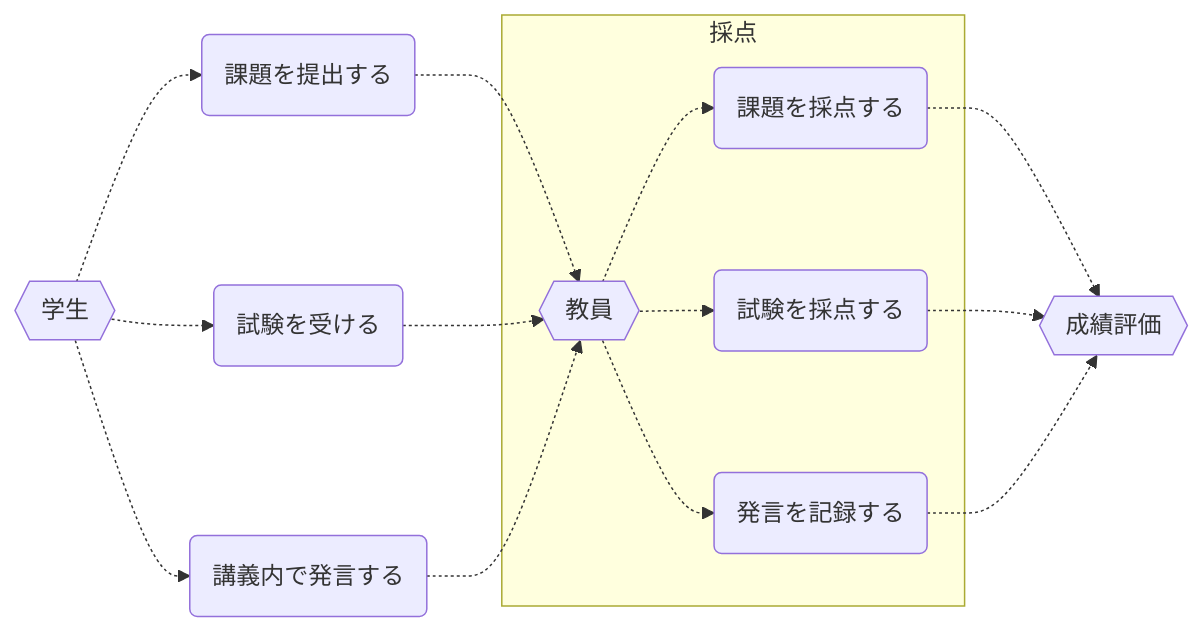
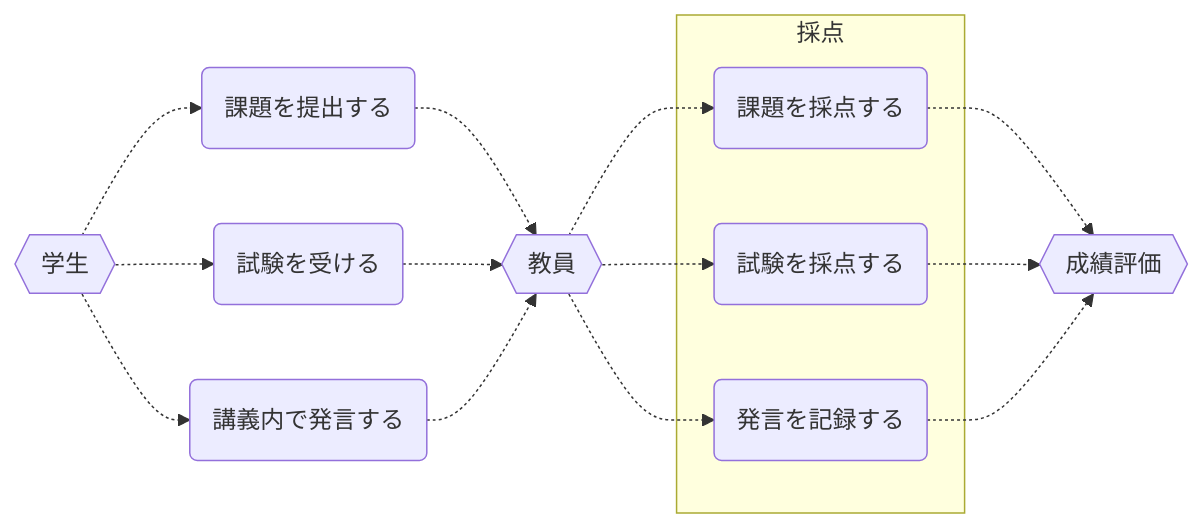
One commit to Shibasaki1224/Marmade_Vol.1 changed the diagram in mermaid3_ex1.md. Above: the diagram before and after it, drawn with Mermaid.

Commit message:
第3講義-演習課題1_vol3

````diff
--- a/mermaid3_ex1.md
+++ b/mermaid3_ex1.md
@@ -1,23 +1,22 @@
 ```mermaid
 flowchart LR
 S{{学生}}
 a(課題を提出する)
 b(試験を受ける)
 c(講義内で発言する)
 T{{教員}}
 d(課題を採点する)
 e(試験を採点する)
 f(発言を記録する)
 P{{成績評価}}
 
 S-.->a-.->T-.->d-.->P
 S-.->b-.->T-.->e-.->P
 S-.->c-.->T-.->f-.->P
 subgraph 採点
-T
 d
 e
 f
 
 end
 ```
````
